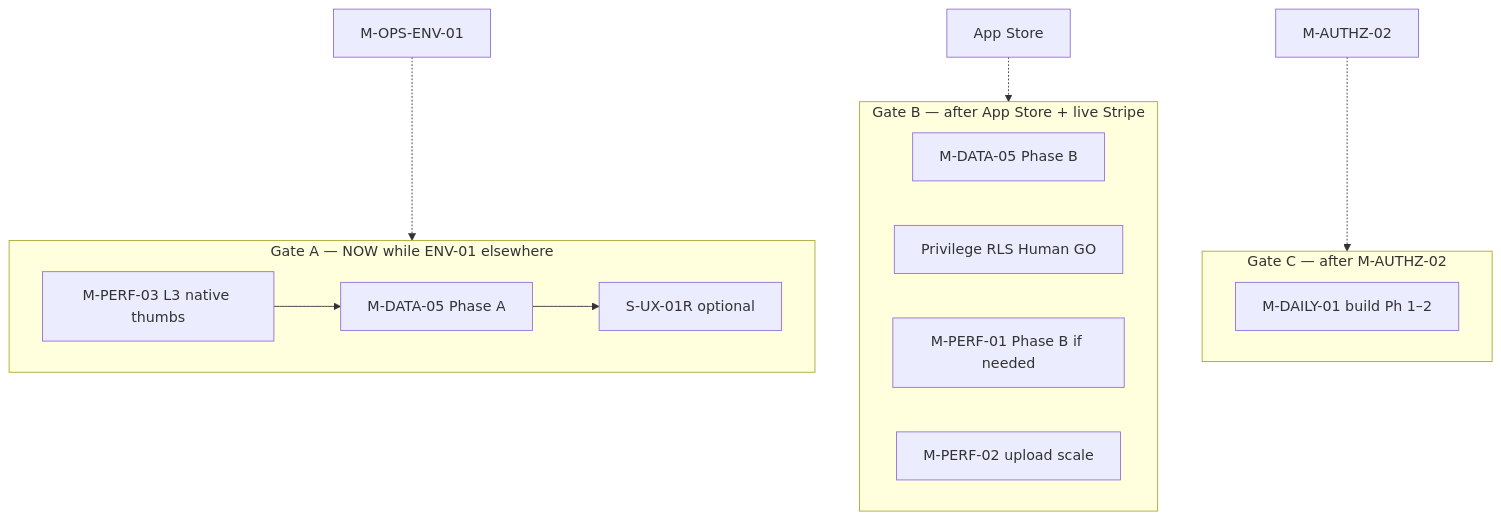
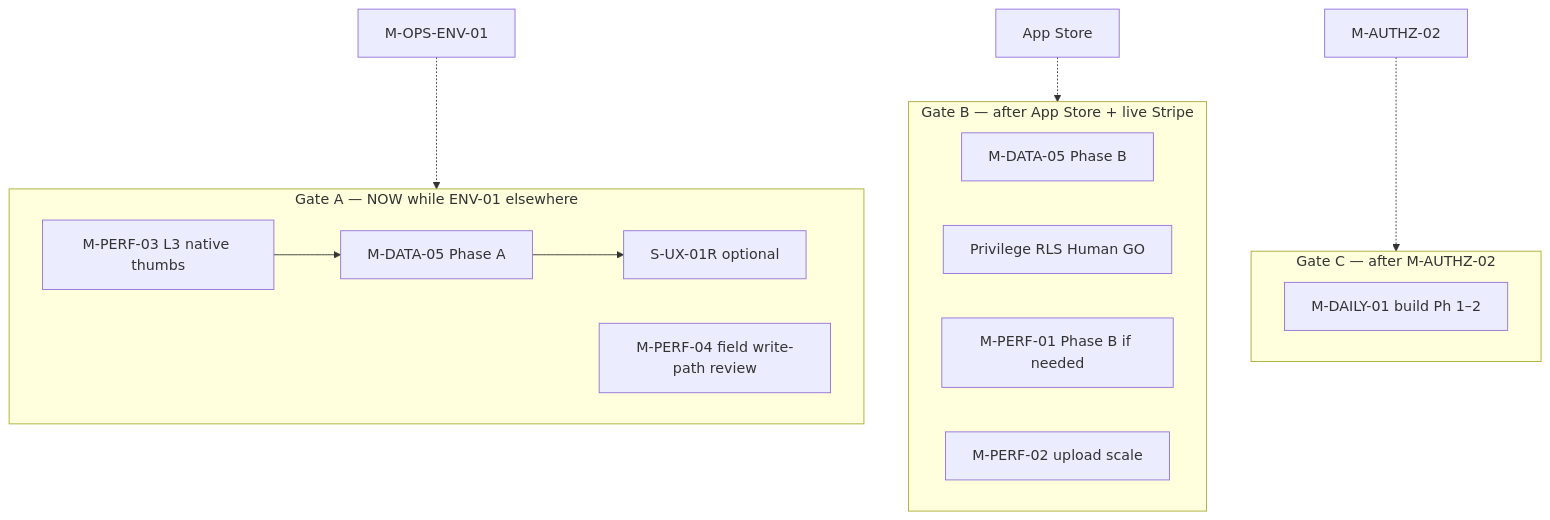
The second of 3 diagrams in documentation/ROADMAP.md (insitetechltd/buildtrack), drawn with Mermaid before and after one commit. The commit also changed other lines of this file and 112 other files, not shown here.

````diff
--- a/documentation/ROADMAP.md
+++ b/documentation/ROADMAP.md
@@ -47,22 +47,23 @@
 ```mermaid
 flowchart TB
   subgraph gateA ["Gate A — NOW while ENV-01 elsewhere"]
     P03["M-PERF-03 L3 native thumbs"] --> D05A["M-DATA-05 Phase A"]
     D05A --> UX01R["S-UX-01R optional"]
+    P04["M-PERF-04 field write-path review"]
   end
 
   subgraph gateB ["Gate B — after App Store + live Stripe"]
     D05B["M-DATA-05 Phase B"]
     RLS["Privilege RLS Human GO"]
     P01B["M-PERF-01 Phase B if needed"]
     P02["M-PERF-02 upload scale"]
   end
 
   subgraph gateC ["Gate C — after M-AUTHZ-02"]
     DAILY["M-DAILY-01 build Ph 1–2"]
   end
 
   ENV1["M-OPS-ENV-01"] -.-> gateA
   STORE1["App Store"] -.-> gateB
   A02["M-AUTHZ-02"] -.-> gateC
 ```
````
